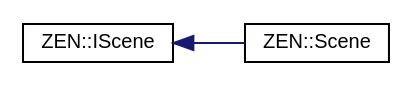
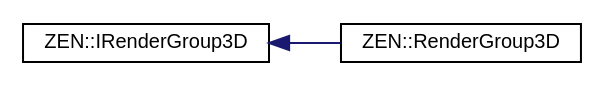
One commit to markhj/zeronetics changed the diagram in inherit_graph_29.dot. Above: the diagram before and after it, drawn with Graphviz. The commit also changed 240 other files, not shown here.

```diff
--- a/inherit_graph_29.dot
+++ b/inherit_graph_29.dot
@@ -1,10 +1,10 @@
 digraph "Graphical Class Hierarchy"
 {
  // LATEX_PDF_SIZE
   edge [fontname="Helvetica",fontsize="10",labelfontname="Helvetica",labelfontsize="10"];
   node [fontname="Helvetica",fontsize="10",shape=record];
   rankdir="LR";
-  Node0 [label="ZEN::IScene",height=0.2,width=0.4,color="black", fillcolor="white", style="filled",URL="$classZEN_1_1IScene.html",tooltip=" "];
+  Node0 [label="ZEN::IRenderGroup3D",height=0.2,width=0.4,color="black", fillcolor="white", style="filled",URL="$structZEN_1_1IRenderGroup3D.html",tooltip=" "];
   Node0 -> Node1 [dir="back",color="midnightblue",fontsize="10",style="solid",fontname="Helvetica"];
-  Node1 [label="ZEN::Scene",height=0.2,width=0.4,color="black", fillcolor="white", style="filled",URL="$classZEN_1_1Scene.html",tooltip=" "];
+  Node1 [label="ZEN::RenderGroup3D",height=0.2,width=0.4,color="black", fillcolor="white", style="filled",URL="$structZEN_1_1RenderGroup3D.html",tooltip=" "];
 }
```
